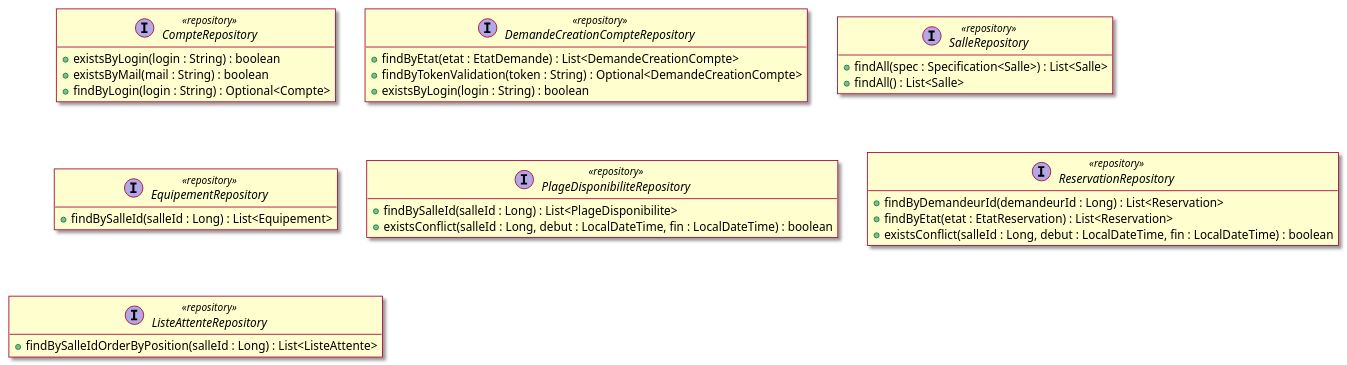
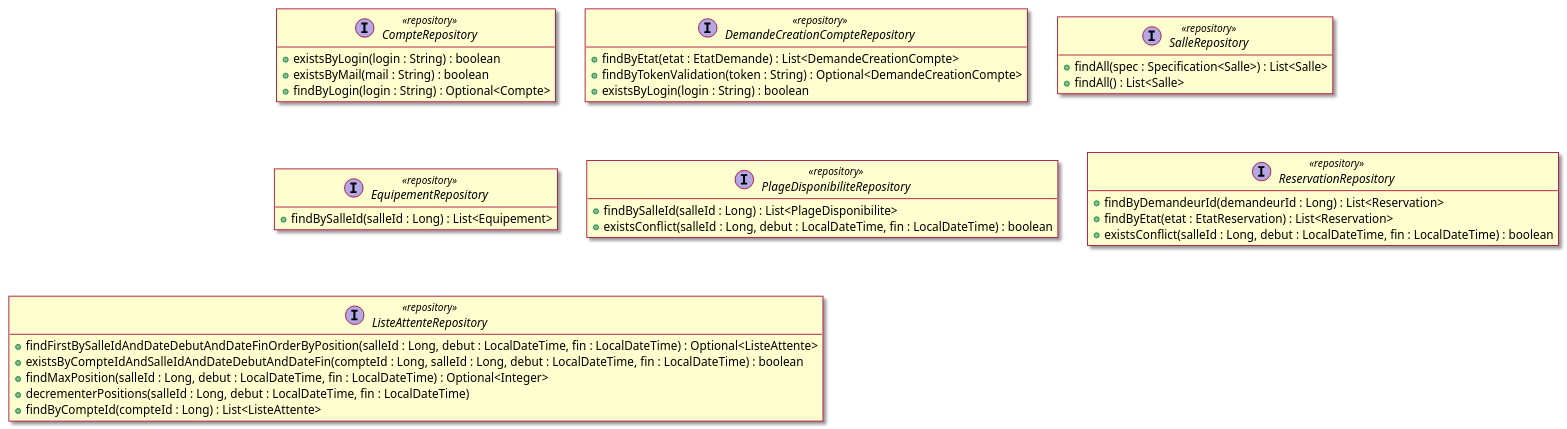
Before and after one commit to mrajaonson/glg204-room-management-system: diagram 34 of 36 in docs/03-Conception.md, drawn with PlantUML. The commit also changed other lines of this file and 5 other files, not shown here.

````diff
--- a/docs/03-Conception.md
+++ b/docs/03-Conception.md
@@ -1388,43 +1622,47 @@
 ```plantuml
 @startuml
 skin rose
 hide empty members
 
 interface CompteRepository <<repository>> {
   + existsByLogin(login : String) : boolean
   + existsByMail(mail : String) : boolean
   + findByLogin(login : String) : Optional<Compte>
 }
 
 interface DemandeCreationCompteRepository <<repository>> {
   + findByEtat(etat : EtatDemande) : List<DemandeCreationCompte>
   + findByTokenValidation(token : String) : Optional<DemandeCreationCompte>
   + existsByLogin(login : String) : boolean
 }
 
 interface SalleRepository <<repository>> {
   + findAll(spec : Specification<Salle>) : List<Salle>
   + findAll() : List<Salle>
 }
 
 interface EquipementRepository <<repository>> {
   + findBySalleId(salleId : Long) : List<Equipement>
 }
 
 interface PlageDisponibiliteRepository <<repository>> {
   + findBySalleId(salleId : Long) : List<PlageDisponibilite>
   + existsConflict(salleId : Long, debut : LocalDateTime, fin : LocalDateTime) : boolean
 }
 
 interface ReservationRepository <<repository>> {
   + findByDemandeurId(demandeurId : Long) : List<Reservation>
   + findByEtat(etat : EtatReservation) : List<Reservation>
   + existsConflict(salleId : Long, debut : LocalDateTime, fin : LocalDateTime) : boolean
 }
 
 interface ListeAttenteRepository <<repository>> {
-  + findBySalleIdOrderByPosition(salleId : Long) : List<ListeAttente>
+  + findFirstBySalleIdAndDateDebutAndDateFinOrderByPosition(salleId : Long, debut : LocalDateTime, fin : LocalDateTime) : Optional<ListeAttente>
+  + existsByCompteIdAndSalleIdAndDateDebutAndDateFin(compteId : Long, salleId : Long, debut : LocalDateTime, fin : LocalDateTime) : boolean
+  + findMaxPosition(salleId : Long, debut : LocalDateTime, fin : LocalDateTime) : Optional<Integer>
+  + decrementerPositions(salleId : Long, debut : LocalDateTime, fin : LocalDateTime)
+  + findByCompteId(compteId : Long) : List<ListeAttente>
 }
 
 @enduml
 ```
````
